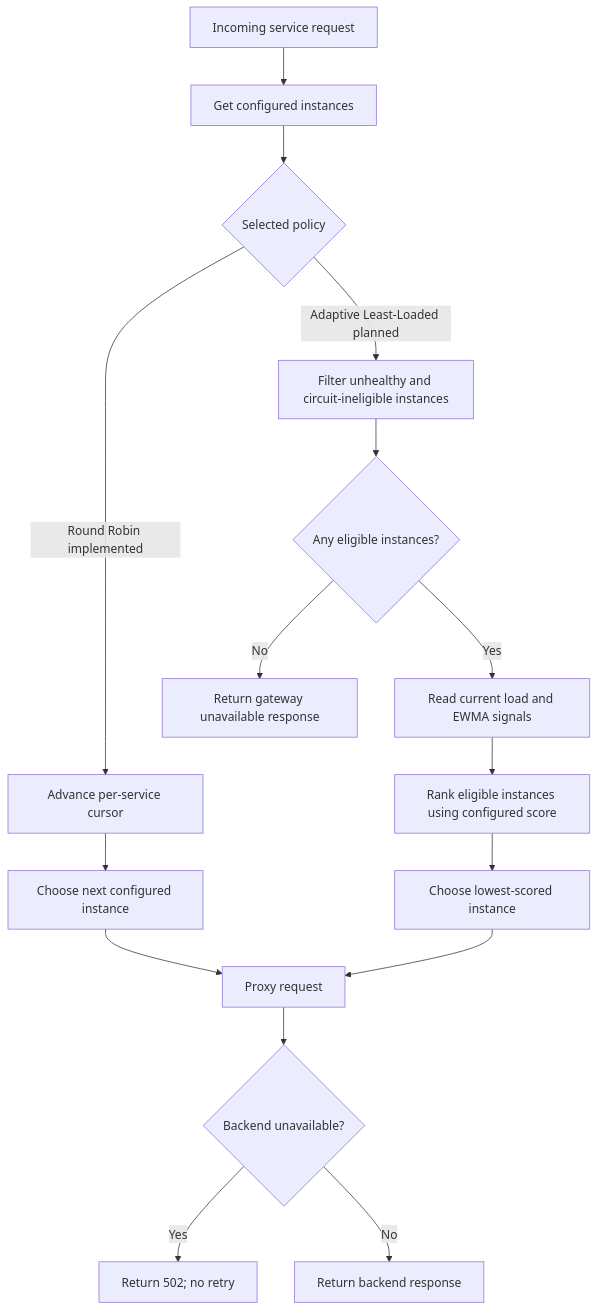
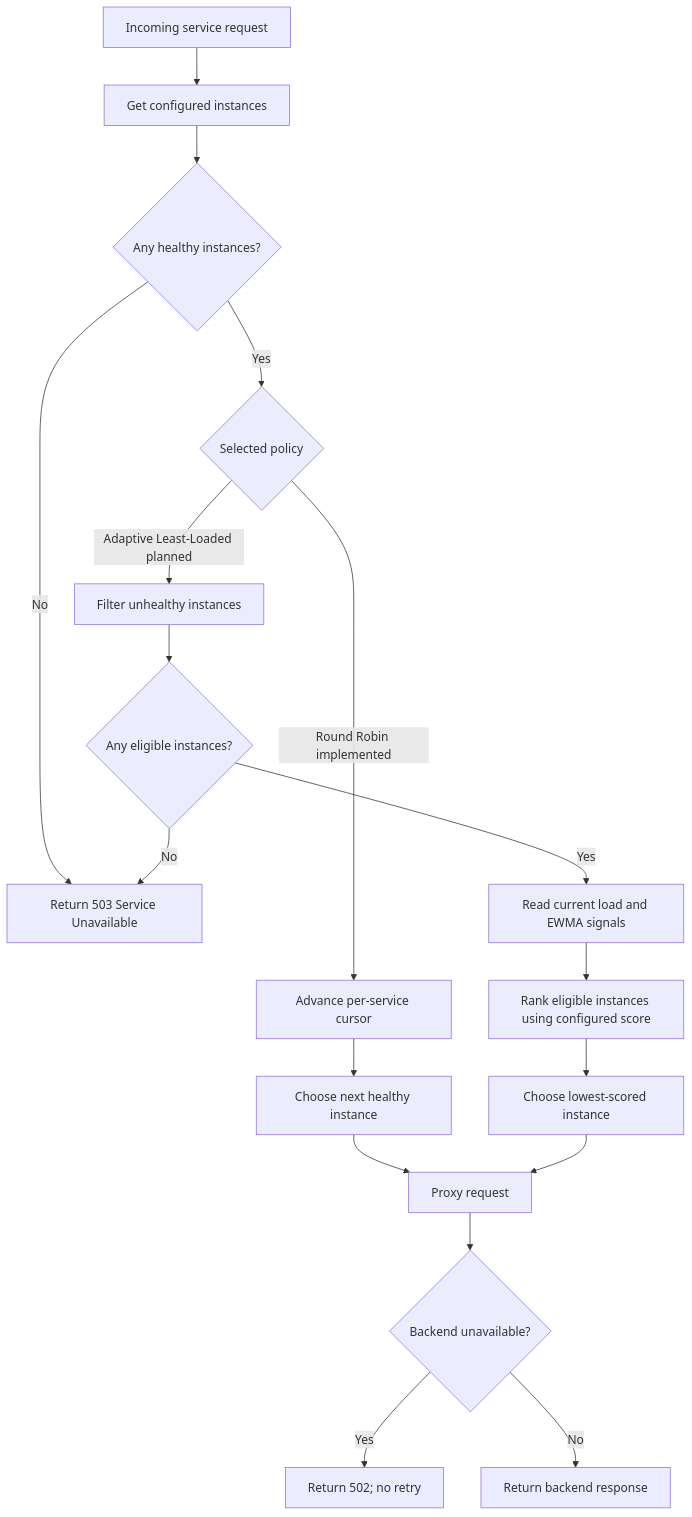
The third of 4 diagrams in ARCHITECTURE.md (Yushi7/IntelliGate), drawn with Mermaid before and after one commit. The commit also changed other lines of this file and 11 other files, not shown here.

````diff
--- a/ARCHITECTURE.md
+++ b/ARCHITECTURE.md
@@ -140,18 +149,20 @@
 ```mermaid
 flowchart TD
     Start[Incoming service request] --> Pool[Get configured instances]
-    Pool --> Policy{Selected policy}
+    Pool --> Health{Any healthy instances?}
+    Health -->|No| Fail[Return 503 Service Unavailable]
+    Health -->|Yes| Policy{Selected policy}
     Policy -->|Round Robin implemented| RR[Advance per-service cursor]
-    RR --> RRChoice[Choose next configured instance]
-    Policy -->|Adaptive Least-Loaded planned| Filter[Filter unhealthy and circuit-ineligible instances]
+    RR --> RRChoice[Choose next healthy instance]
+    Policy -->|Adaptive Least-Loaded planned| Filter[Filter unhealthy instances]
     Filter --> Empty{Any eligible instances?}
-    Empty -->|No| Fail[Return gateway unavailable response]
+    Empty -->|No| Fail
     Empty -->|Yes| Signals[Read current load and EWMA signals]
     Signals --> Score[Rank eligible instances using configured score]
     Score --> AdaptiveChoice[Choose lowest-scored instance]
     RRChoice --> Proxy[Proxy request]
     AdaptiveChoice --> Proxy
     Proxy --> Failure{Backend unavailable?}
     Failure -->|Yes| BadGateway[Return 502; no retry]
     Failure -->|No| Response[Return backend response]
 ```
````
